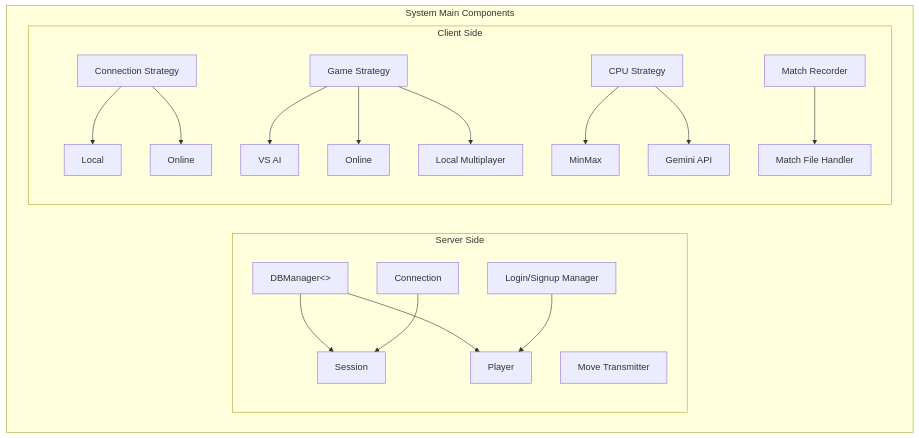
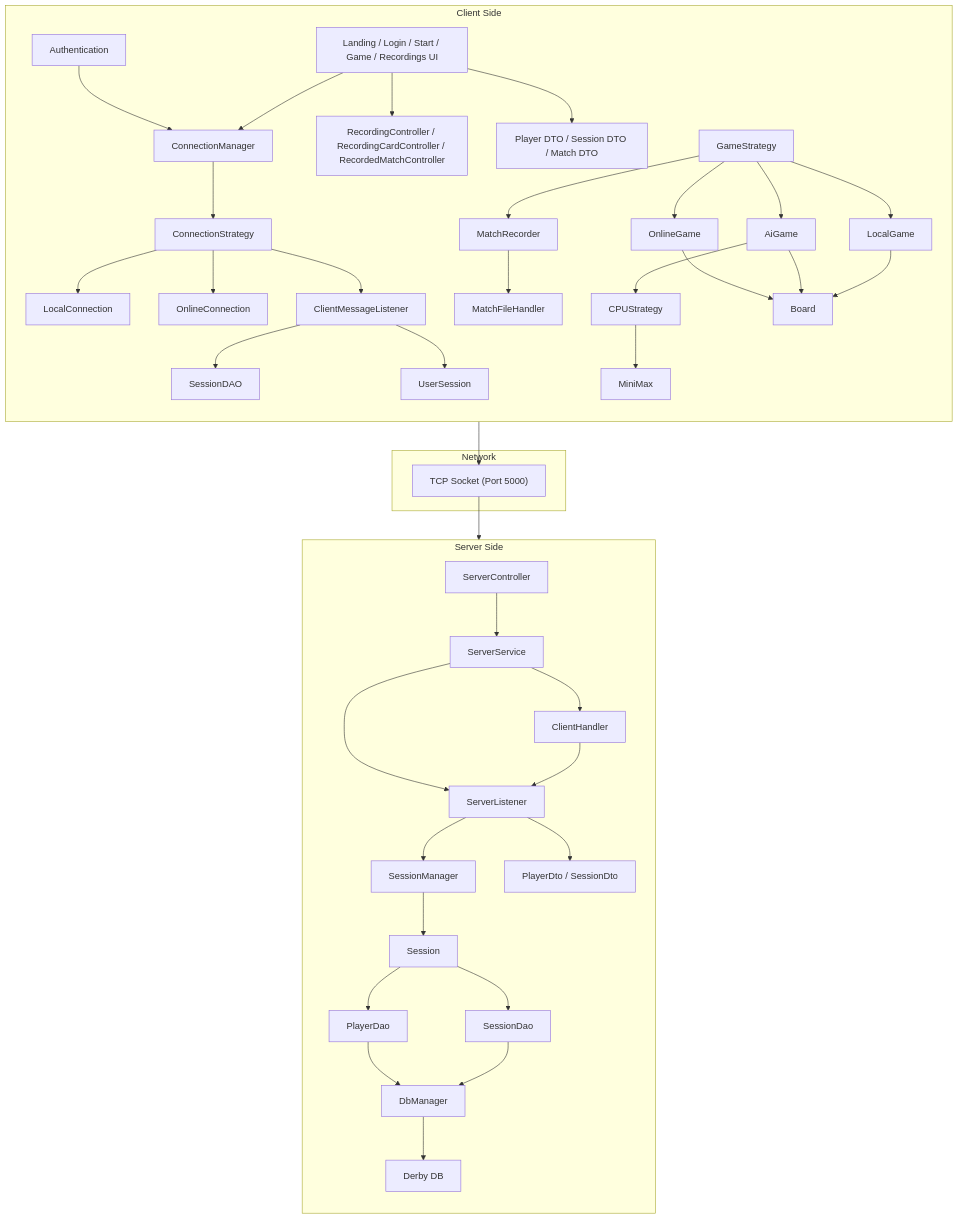
Before and after one commit to ITI-Java-Project/.github: the first of 4 diagrams in profile/README.md, drawn with Mermaid. The commit also changed other lines of this file, not shown here.

Commit message:
Refactor README.md to update component diagrams

````diff
--- a/profile/README.md
+++ b/profile/README.md
@@ -3,49 +3,96 @@
 ```mermaid
 graph TB
-    subgraph SystemMain["System Main Components"]
-        subgraph ServerSide["Server Side"]
-            DBManager["DBManager<<Singleton>>"]
-            Connection["Connection"]
-            MoveTransmitter["Move Transmitter"]
-            LoginManager["Login/Signup Manager"]
-            Session["Session"]
-            Player["Player"]
-            
-            DBManager --> Session
-            DBManager --> Player
-            Connection --> Session
-            MoveTransmitter
-            LoginManager --> Player
-        end
-        
-        subgraph ClientSide["Client Side"]
-            ConnectionStrategy["Connection Strategy"]
-            Local["Local"]
-            Online["Online"]
-            
-            GameStrategy["Game Strategy"]
-            VSAI["VS AI"]
-            OnlineGame["Online"]
-            LocalMultiplayer["Local Multiplayer"]
-            
-            CPUStrategy["CPU Strategy"]
-            MinMax["MinMax"]
-            GeminiAPI["Gemini API"]
-            
-            MatchRecorder["Match Recorder"]
-            MatchFileHandler["Match File Handler"]
-            
-            ConnectionStrategy --> Local
-            ConnectionStrategy --> Online
-            
-            GameStrategy --> VSAI
-            GameStrategy --> OnlineGame
-            GameStrategy --> LocalMultiplayer
-            
-            CPUStrategy --> MinMax
-            CPUStrategy --> GeminiAPI
-            
-            MatchRecorder --> MatchFileHandler
-        end
-    end
+
+subgraph Client["Client Side"]
+    direction TB
+
+    UI["Landing / Login / Start / Game / Recordings UI"]
+    ConnectionManager
+    ConnectionStrategy
+    LocalConnection
+    OnlineConnection
+    ClientMessageListener
+    Authentication
+    UserSession
+    SessionDAO
+    GameStrategy
+    LocalGame
+    AiGame
+    OnlineGame
+    CPUStrategy
+    MiniMax
+    Board
+    MatchRecorder
+    MatchFileHandler
+    RecordingUI["RecordingController / RecordingCardController / RecordedMatchController"]
+    DTOsClient["Player DTO / Session DTO / Match DTO"]
+
+    UI --> ConnectionManager
+    UI --> RecordingUI
+    UI --> DTOsClient
+
+    Authentication --> ConnectionManager
+
+    ConnectionManager --> ConnectionStrategy
+    ConnectionStrategy --> LocalConnection
+    ConnectionStrategy --> OnlineConnection
+    ConnectionStrategy --> ClientMessageListener
+
+    ClientMessageListener --> SessionDAO
+    ClientMessageListener --> UserSession
+
+    GameStrategy --> MatchRecorder
+    MatchRecorder --> MatchFileHandler
+
+    GameStrategy --> LocalGame
+    GameStrategy --> AiGame
+    GameStrategy --> OnlineGame
+
+    AiGame --> CPUStrategy
+    CPUStrategy --> MiniMax
+
+    LocalGame --> Board
+    AiGame --> Board
+    OnlineGame --> Board
+end
+
+subgraph Network
+    Socket["TCP Socket (Port 5000)"]
+end
+
+subgraph Server["Server Side"]
+    direction TB
+
+    ServerService
+    ServerListener
+    ClientHandler
+    ServerController
+    SessionManager
+    Session
+    DbManager
+    PlayerDao
+    SessionDao
+    DTOsServer["PlayerDto / SessionDto"]
+    Database["Derby DB"]
+
+    ServerService --> ServerListener
+    ServerListener --> SessionManager
+    SessionManager --> Session
+
+    ServerService --> ClientHandler
+    ClientHandler --> ServerListener
+
+    Session --> PlayerDao
+    Session --> SessionDao
+
+    PlayerDao --> DbManager
+    SessionDao --> DbManager
+    DbManager --> Database
+
+    ServerController --> ServerService
+    ServerListener --> DTOsServer
+end
+
+Client --> Socket
+Socket --> ServerService
 ```
````
